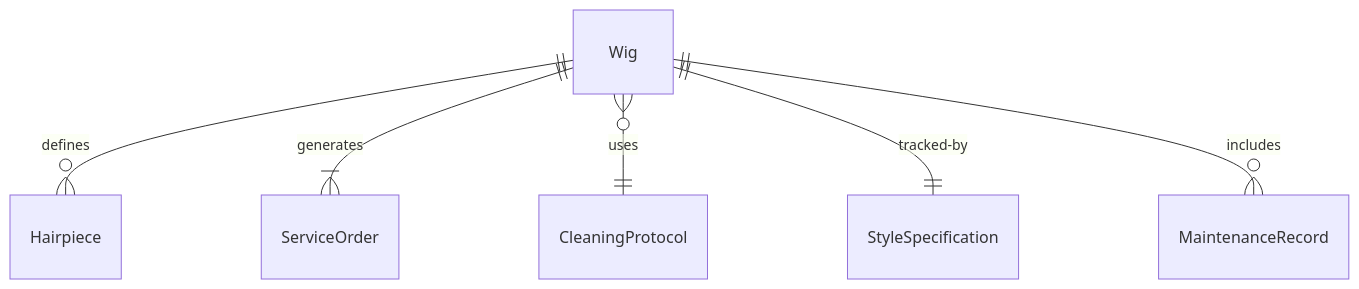
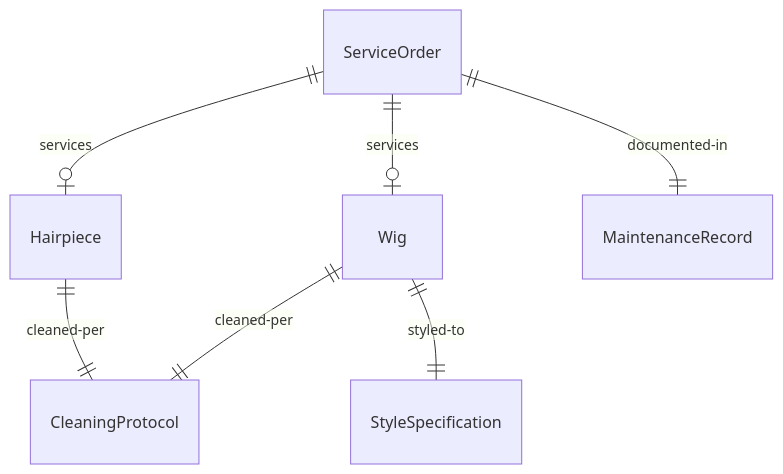
The first of 4 diagrams in HandlingAndMovingObjects/GroomOrStyleHair/GroomWigsHairpieces.mdx (dot-org-ai/tasks.org.ai), drawn with Mermaid before and after one commit. The commit also changed other lines of this file and 515 other files, not shown here.

````diff
--- a/HandlingAndMovingObjects/GroomOrStyleHair/GroomWigsHairpieces.mdx
+++ b/HandlingAndMovingObjects/GroomOrStyleHair/GroomWigsHairpieces.mdx
@@ -89,8 +89,9 @@
 ```mermaid
 erDiagram
-    Wig ||--o{ Hairpiece : "defines"
-    Wig ||--|{ ServiceOrder : "generates"
-    Wig }o--|| CleaningProtocol : "uses"
-    Wig ||--|| StyleSpecification : "tracked-by"
-    Wig ||--o{ MaintenanceRecord : "includes"
+    ServiceOrder ||--o| Wig : "services"
+    ServiceOrder ||--o| Hairpiece : "services"
+    Wig ||--|| CleaningProtocol : "cleaned-per"
+    Wig ||--|| StyleSpecification : "styled-to"
+    ServiceOrder ||--|| MaintenanceRecord : "documented-in"
+    Hairpiece ||--|| CleaningProtocol : "cleaned-per"
 ```
````
